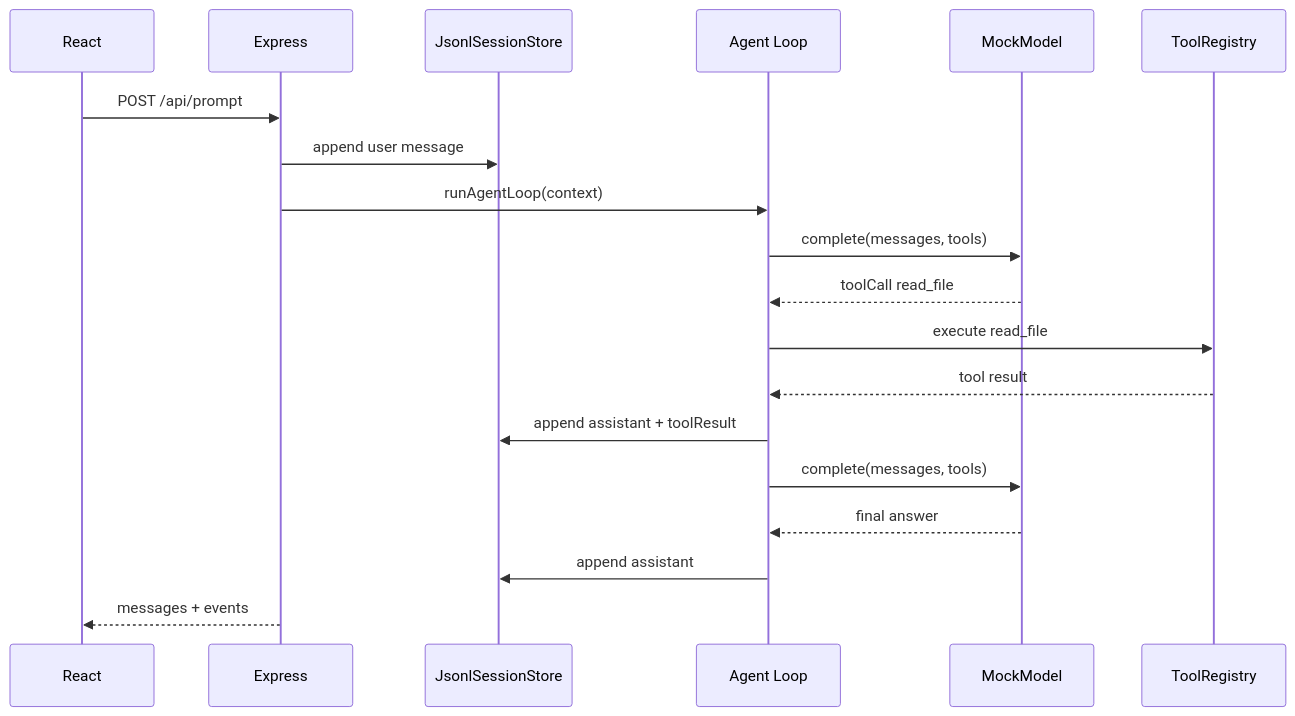
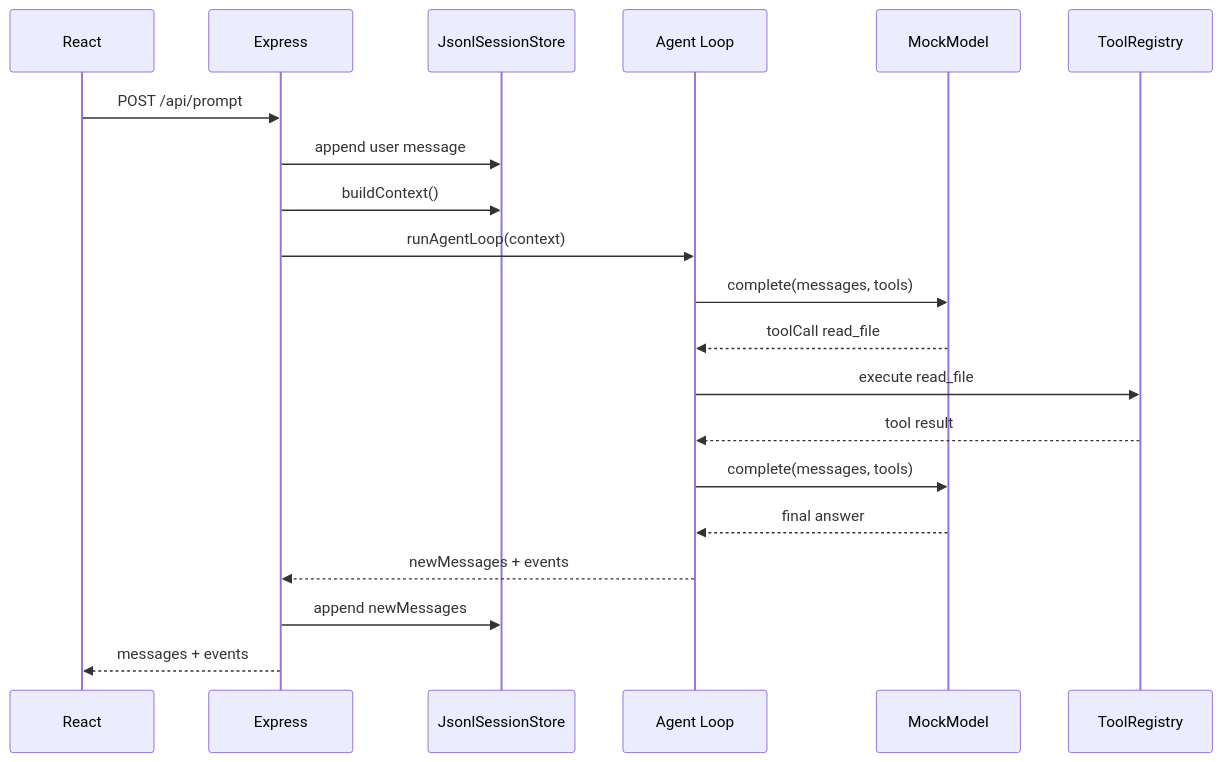
The second of 2 diagrams in docs/project/overview.md (cellinlab/how-pi-agent-works), drawn with Mermaid before and after one commit. The commit also changed other lines of this file and 5 other files, not shown here.

````diff
--- a/docs/project/overview.md
+++ b/docs/project/overview.md
@@ -56,22 +59,23 @@
 ```mermaid
 sequenceDiagram
   participant UI as React
   participant API as Express
   participant Store as JsonlSessionStore
   participant AgentLoop as Agent Loop
   participant Model as MockModel
   participant Tool as ToolRegistry
 
   UI->>API: POST /api/prompt
   API->>Store: append user message
+  API->>Store: buildContext()
   API->>AgentLoop: runAgentLoop(context)
   AgentLoop->>Model: complete(messages, tools)
   Model-->>AgentLoop: toolCall read_file
   AgentLoop->>Tool: execute read_file
   Tool-->>AgentLoop: tool result
-  AgentLoop->>Store: append assistant + toolResult
   AgentLoop->>Model: complete(messages, tools)
   Model-->>AgentLoop: final answer
-  AgentLoop->>Store: append assistant
+  AgentLoop-->>API: newMessages + events
+  API->>Store: append newMessages
   API-->>UI: messages + events
 ```
````
